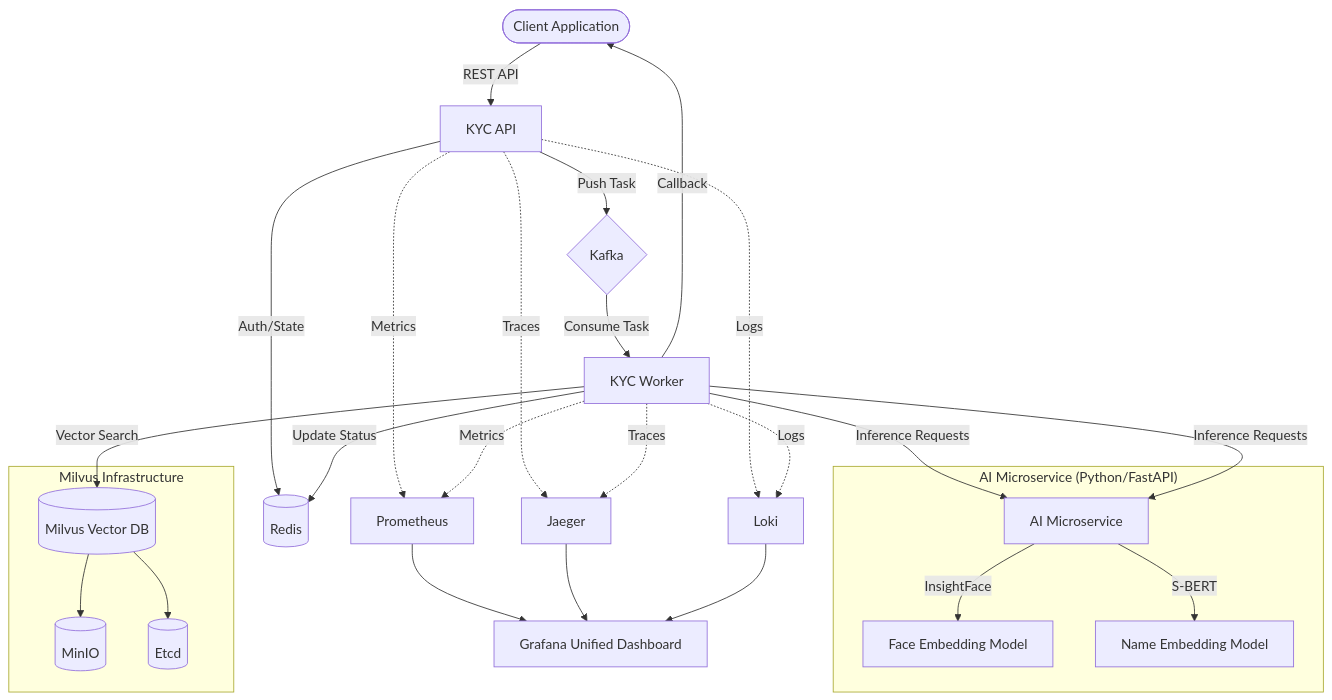
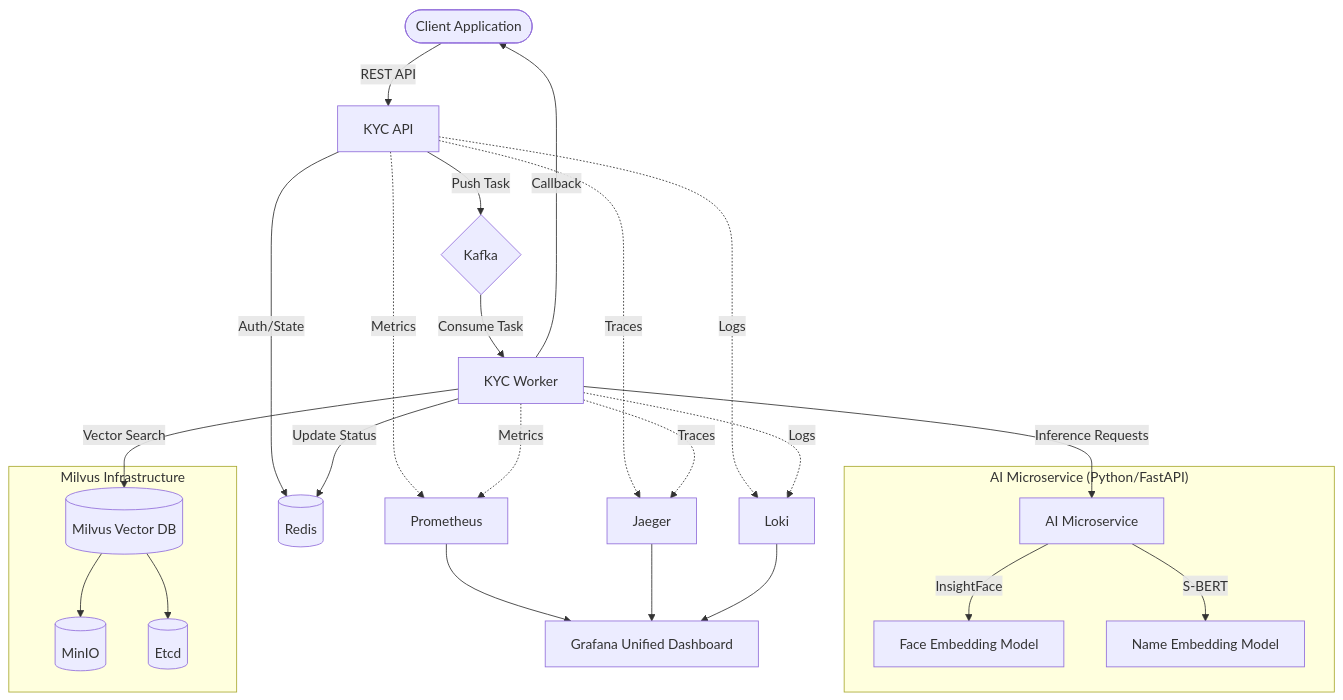
One commit to Vk1033/goverify-engine changed the diagram in README.md. Above: the diagram before and after it, drawn with Mermaid.

Commit message:
docs: remove duplicate inference request path in architecture diagram

````diff
--- a/README.md
+++ b/README.md
@@ -31,47 +31,46 @@
 ```mermaid
 graph TD
     %% External
     Client([Client Application]) -->|REST API| API[KYC API]
     API -->|Auth/State| Redis[(Redis)]
     
     %% Orchestration
     API -->|Push Task| Kafka{Kafka}
     Kafka -->|Consume Task| Worker[KYC Worker]
     
     %% Processing
-    Worker -->|Inference Requests| AI[AI Microservice]
     Worker -->|Inference Requests| AI[AI Microservice]
     subgraph "AI Microservice (Python/FastAPI)"
         AI -->|InsightFace| FaceModel[Face Embedding Model]
         AI -->|S-BERT| NameModel[Name Embedding Model]
     end
     
     %% %% Business Logic
     %% Worker -->|Semantic Similarity| Cosine[Cosine Similarity]
     %% Worker -->|Identity Security| AES[AES-GCM / Argon2]
     
     %% Data Store
     Worker -->|Vector Search| Milvus[(Milvus Vector DB)]
     subgraph "Milvus Infrastructure"
         Milvus --> MinIO[(MinIO)]
         Milvus --> Etcd[(Etcd)]
     end
     
     %% Status & Callbacks
     Worker -->|Update Status| Redis
     Worker -->|Callback| Client
     
     %% Observability
     API -.->|Metrics| Prom[Prometheus]
     Worker -.->|Metrics| Prom
     
     API -.->|Traces| Jaeger[Jaeger]
     Worker -.->|Traces| Jaeger
     
     API -.->|Logs| Loki[Loki]
     Worker -.->|Logs| Loki
     
     Prom --> Grafana[Grafana Unified Dashboard]
     Jaeger --> Grafana
     Loki --> Grafana
 ```
````
